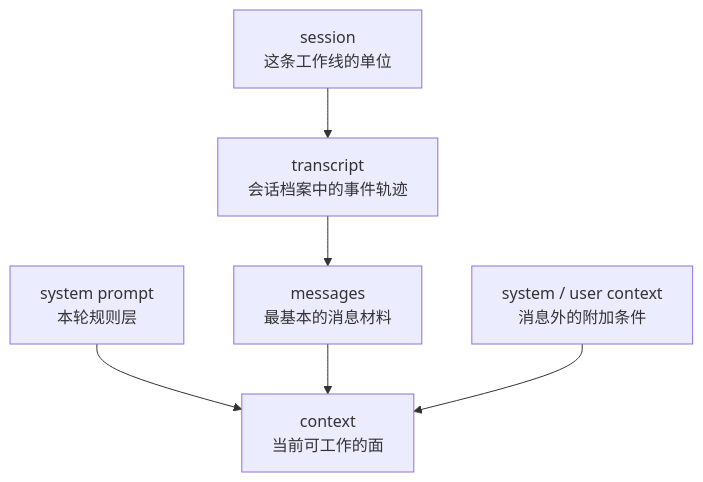
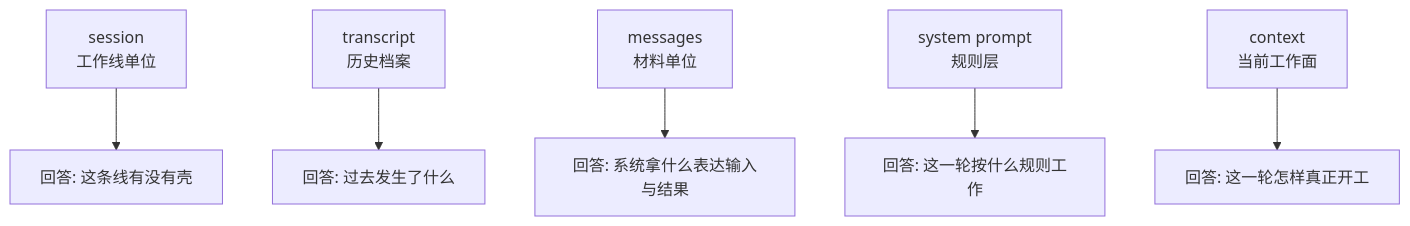
Before and after one commit to T0UGH/claude-code-source-guide: the diagram in docs/guidebookv2/volume-4/02-why-messages-context-system-prompt-transcript-session-are-not-the-same.md, drawn with Mermaid. The commit also changed 9 other files, not shown here.

````diff
--- a/docs/guidebookv2/volume-4/02-why-messages-context-system-prompt-transcript-session-are-not-the-same.md
+++ b/docs/guidebookv2/volume-4/02-why-messages-context-system-prompt-transcript-session-are-not-the-same.md
@@ -32,8 +32,8 @@
 ```mermaid
 flowchart TD
-    A[session\n这条工作线的单位] --> B[transcript\n会话档案中的事件轨迹]
-    B --> C[messages\n最基本的消息材料]
-    D[system prompt\n本轮规则层] --> E[context\n当前可工作的面]
-    C --> E
-    F[system / user context\n消息外的附加条件] --> E
+    A[session<br/>工作线单位] --> A1[回答: 这条线有没有壳]
+    B[transcript<br/>历史档案] --> B1[回答: 过去发生了什么]
+    C[messages<br/>材料单位] --> C1[回答: 系统拿什么表达输入与结果]
+    D[system prompt<br/>规则层] --> D1[回答: 这一轮按什么规则工作]
+    E[context<br/>当前工作面] --> E1[回答: 这一轮怎样真正开工]
 ```
````
